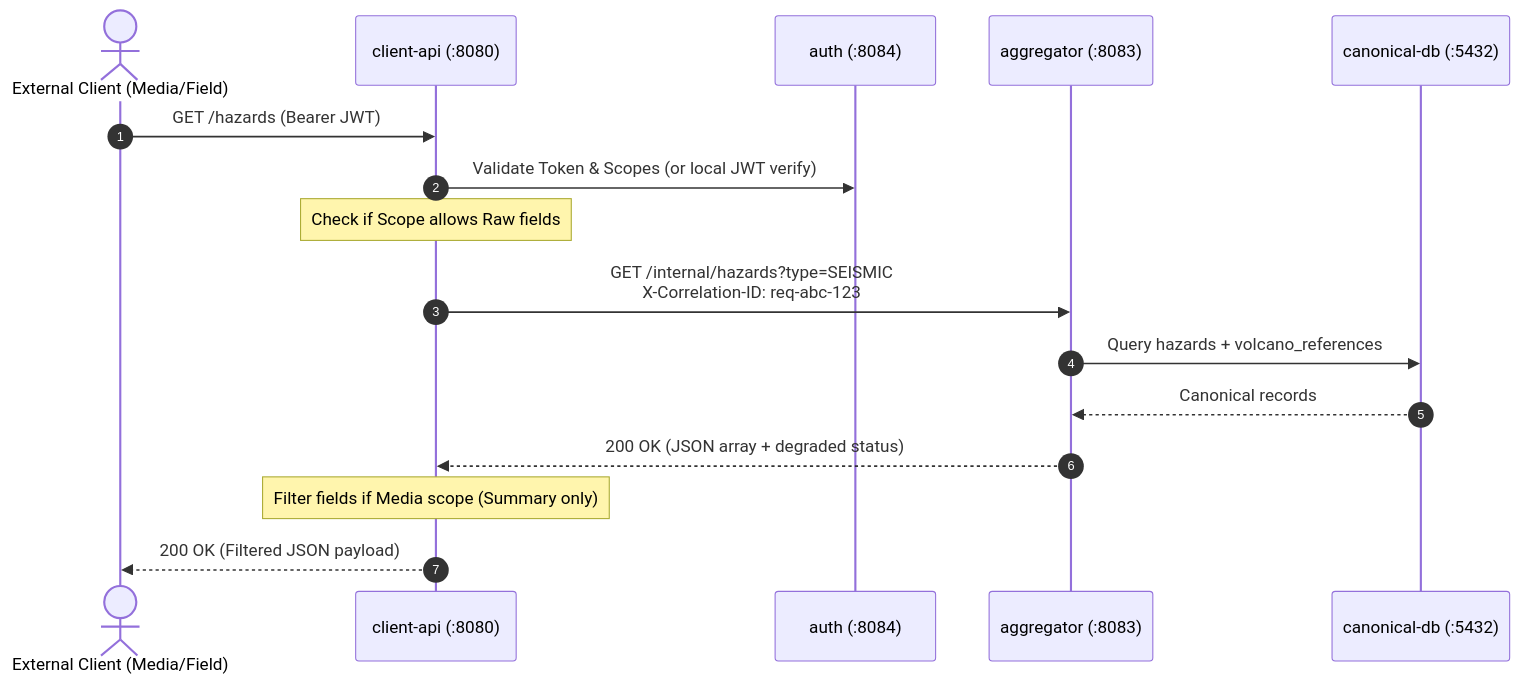
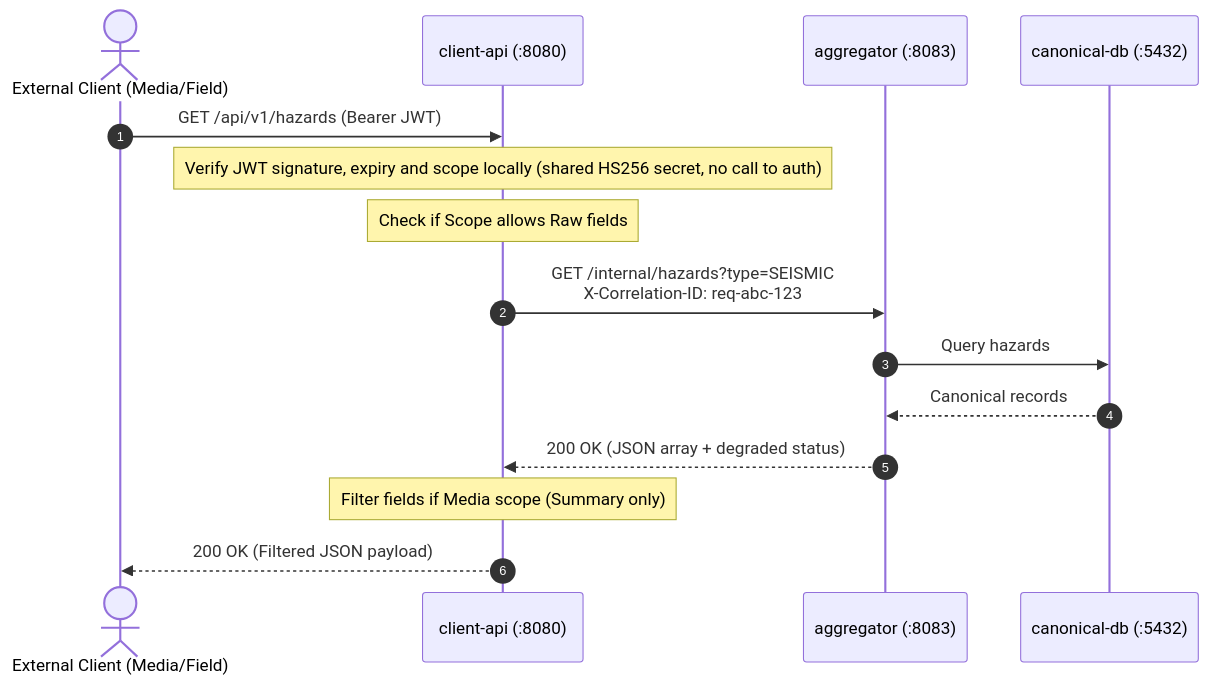
The diagram in docs/adr/004-internal-communication-rest.md (Darsua/AAT), drawn with Mermaid before and after one commit. The commit also changed other lines of this file and 1 other file, not shown here.

Commit message:
docs(adr): fix ADR 001 and 004 inconsistencies with the code
- 004: client route is /api/v1/hazards; client-api verifies JWT locally
  (no auth call); volcano_references is read at ingestion only; replace
  unsupported benchmark claim with the recorded load-test latency;
  MaxIdleConnsPerHost is 50
- 001: Dockerfile note no longer says "other four"

````diff
--- a/docs/adr/004-internal-communication-rest.md
+++ b/docs/adr/004-internal-communication-rest.md
@@ -30,19 +30,18 @@
 ```mermaid
 sequenceDiagram
     autonumber
     actor Client as External Client (Media/Field)
     participant ClientAPI as client-api (:8080)
-    participant Auth as auth (:8084)
     participant Aggregator as aggregator (:8083)
     participant DB as canonical-db (:5432)
 
-    Client->>ClientAPI: GET /hazards (Bearer JWT)
-    ClientAPI->>Auth: Validate Token & Scopes (or local JWT verify)
+    Client->>ClientAPI: GET /api/v1/hazards (Bearer JWT)
+    Note over ClientAPI: Verify JWT signature, expiry and scope locally (shared HS256 secret, no call to auth)
     Note over ClientAPI: Check if Scope allows Raw fields
     ClientAPI->>Aggregator: GET /internal/hazards?type=SEISMIC<br/>X-Correlation-ID: req-abc-123
-    Aggregator->>DB: Query hazards + volcano_references
+    Aggregator->>DB: Query hazards
     DB-->>Aggregator: Canonical records
     Aggregator-->>ClientAPI: 200 OK (JSON array + degraded status)
     Note over ClientAPI: Filter fields if Media scope (Summary only)
     ClientAPI-->>Client: 200 OK (Filtered JSON payload)
 ```
````
